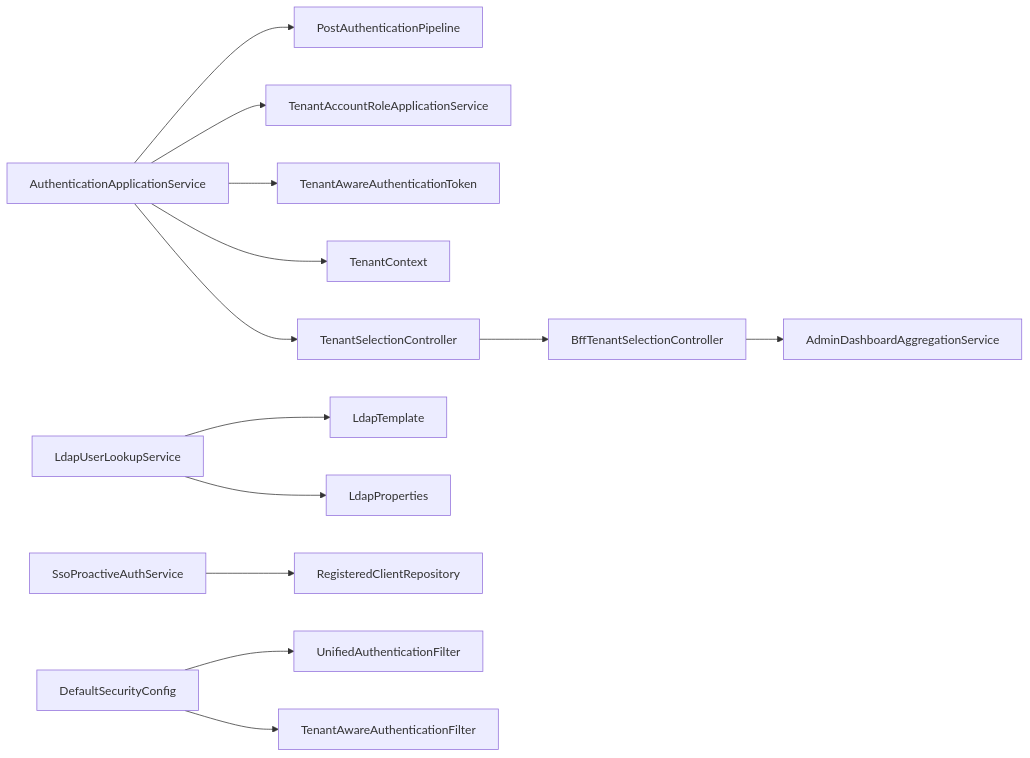
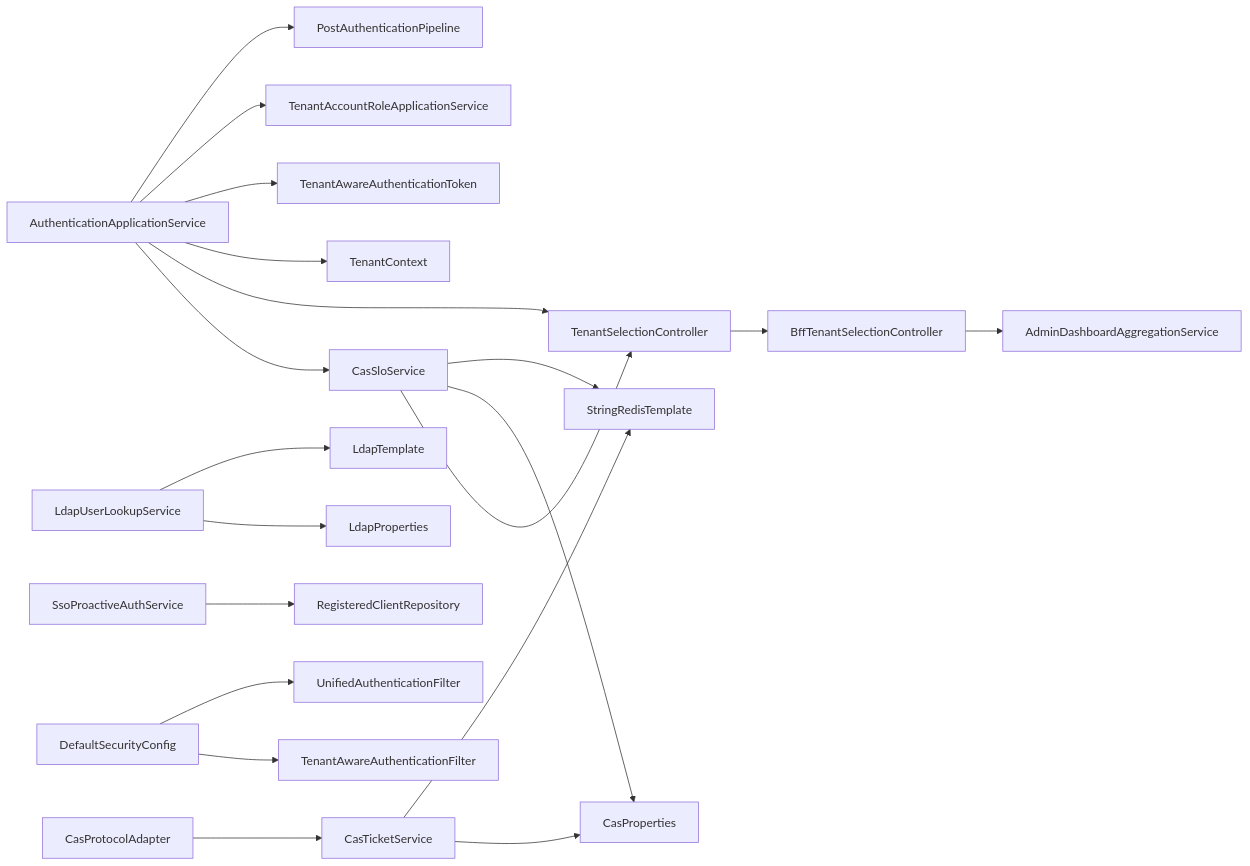
Before and after one commit to fq0121104930716/iam-platform: diagram 19 of 19 in .qoder/repowiki/zh/content/项目概述/项目结构/认证服务器 (iam-auth-server)/认证应用服务.md, drawn with Mermaid. The commit also changed other lines of this file and 88 other files, not shown here.

````diff
--- a/.qoder/repowiki/zh/content/项目概述/项目结构/认证服务器 (iam-auth-server)/认证应用服务.md
+++ b/.qoder/repowiki/zh/content/项目概述/项目结构/认证服务器 (iam-auth-server)/认证应用服务.md
@@ -637,15 +768,22 @@
 ```mermaid
 graph LR
 AAS["AuthenticationApplicationService"] --> PAP["PostAuthenticationPipeline"]
 AAS --> TAR["TenantAccountRoleApplicationService"]
 AAS --> TAT["TenantAwareAuthenticationToken"]
 AAS --> TC["TenantContext"]
 AAS --> TSC["TenantSelectionController"]
+AAS --> CSS["CasSloService"]
+CSS --> STR["StringRedisTemplate"]
+CSS --> CP["CasProperties"]
+CSS --> TSC["TenantSelectionController"]
 TSC --> BFF["BffTenantSelectionController"]
 LAP["LdapUserLookupService"] --> LT["LdapTemplate"]
 LAP --> LPROP["LdapProperties"]
 SPA["SsoProactiveAuthService"] --> RC["RegisteredClientRepository"]
+CTS["CasTicketService"] --> STR
+CTS --> CP
+CPA["CasProtocolAdapter"] --> CTS
 SEC["DefaultSecurityConfig"] --> UAF["UnifiedAuthenticationFilter"]
 SEC --> TAF["TenantAwareAuthenticationFilter"]
 BFF --> ADS["AdminDashboardAggregationService"]
 ```
````
